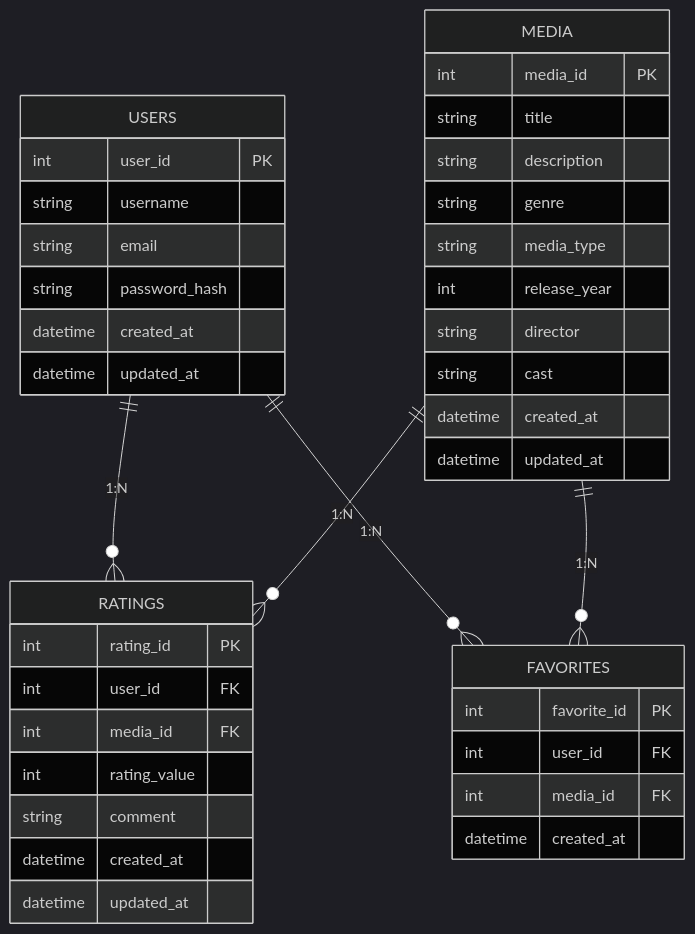
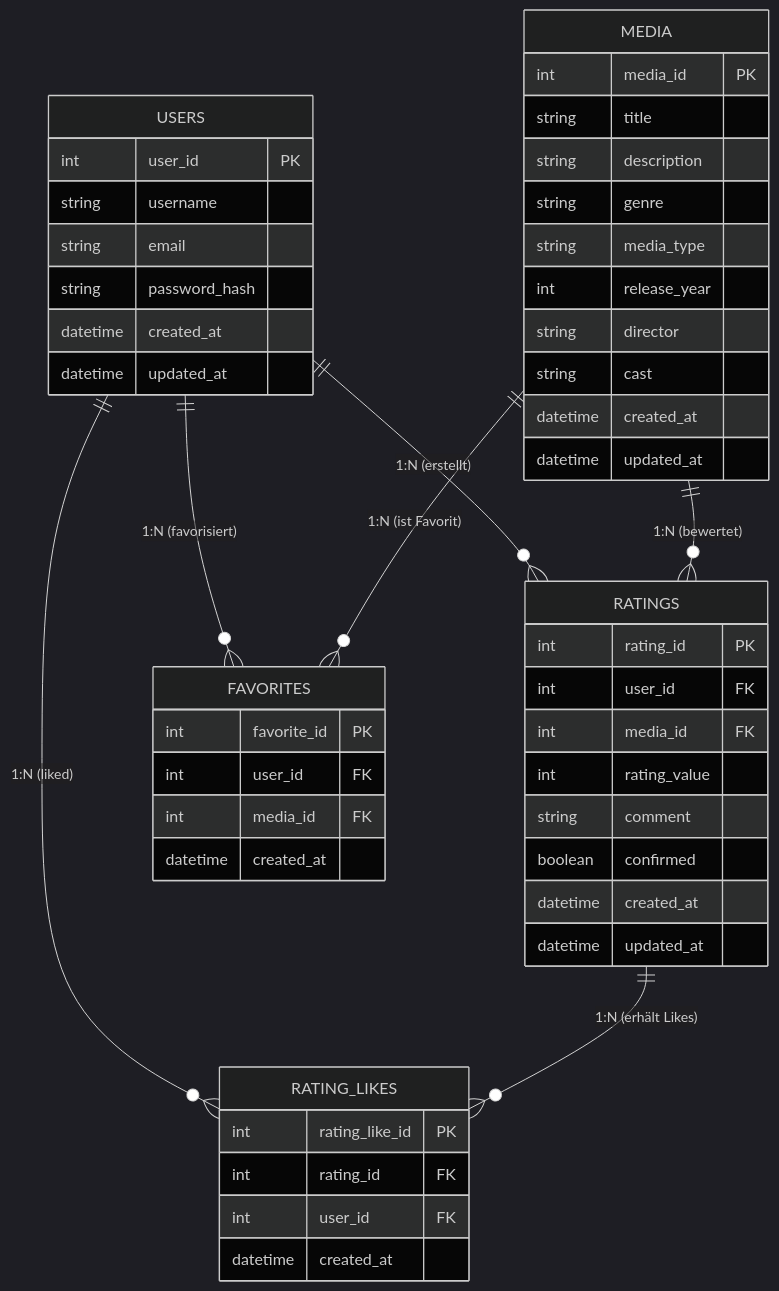
Before and after one commit to Pascal07/SWEN_MRP_Project: the diagram in diagrams/Datenbank.mmd, drawn with Mermaid (dark theme). The commit also changed 4 other files, not shown here.

Commit message:
Add rating likes functionality with database schema updates and logic for managing likes

```diff
--- a/diagrams/Datenbank.mmd
+++ b/diagrams/Datenbank.mmd
@@ -1,45 +1,55 @@
 erDiagram
     USERS {
         int user_id PK
         string username
         string email
         string password_hash
         datetime created_at
         datetime updated_at
     }
 
     MEDIA {
         int media_id PK
         string title
         string description
         string genre
         string media_type
         int release_year
         string director
         string cast
         datetime created_at
         datetime updated_at
     }
 
     RATINGS {
         int rating_id PK
         int user_id FK
         int media_id FK
         int rating_value
         string comment
+        boolean confirmed
         datetime created_at
         datetime updated_at
     }
 
     FAVORITES {
         int favorite_id PK
         int user_id FK
         int media_id FK
         datetime created_at
     }
 
+    RATING_LIKES {
+        int rating_like_id PK
+        int rating_id FK
+        int user_id FK
+        datetime created_at
+    }
+
     %% Präzisere, deutschsprachige Beschriftungen mit Multiplizitäten und FK-Hinweis
-    USERS ||--o{ RATINGS : "1:N"
-    USERS ||--o{ FAVORITES : "1:N"
-    MEDIA ||--o{ RATINGS : "1:N"
-    MEDIA ||--o{ FAVORITES : "1:N"
+    USERS ||--o{ RATINGS : "1:N (erstellt)"
+    USERS ||--o{ FAVORITES : "1:N (favorisiert)"
+    USERS ||--o{ RATING_LIKES : "1:N (liked)"
+    MEDIA ||--o{ RATINGS : "1:N (bewertet)"
+    MEDIA ||--o{ FAVORITES : "1:N (ist Favorit)"
+    RATINGS ||--o{ RATING_LIKES : "1:N (erhält Likes)"
```
